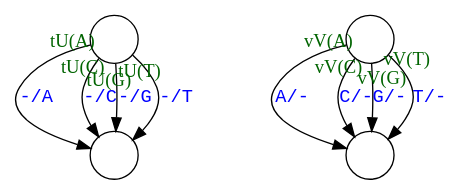
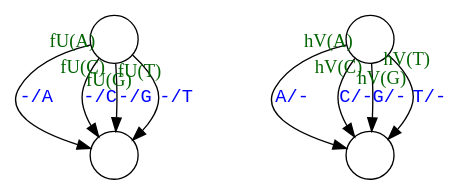
One commit to ihh/transducer-tutorial changed the diagram in fanned-indel.dot. Above: the diagram before and after it, drawn with Graphviz. The commit also changed 3 other files, not shown here.

Commit message:
Slightly changed notation in Moore explanation diagrams

```diff
--- a/fanned-indel.dot
+++ b/fanned-indel.dot
@@ -1,22 +1,22 @@
 digraph G {
 
     S [label="", shape=circle];
 
     I [label="", shape=circle];
 
     X [label="", shape=circle];
 
     D [label="", shape=circle];
 
-S->I [label="-/A" taillabel="tU(A)" labeldistance=1.4 fontcolor="blue" labelfontcolor="black" fontname="Courier" labelfontname="Times" labelfontcolor="darkgreen"];
-S->I [label="-/C" taillabel="tU(C)" labeldistance=1.4 fontcolor="blue" labelfontcolor="black" fontname="Courier" labelfontname="Times" labelfontcolor="darkgreen"];
-S->I [label="-/G" taillabel="tU(G)" labeldistance=1.4 fontcolor="blue" labelfontcolor="black" fontname="Courier" labelfontname="Times" labelfontcolor="darkgreen"];
-S->I [label="-/T" taillabel="tU(T)" labeldistance=1.4 fontcolor="blue" labelfontcolor="black" fontname="Courier" labelfontname="Times" labelfontcolor="darkgreen"];
+S->I [label="-/A" taillabel="fU(A)" labeldistance=1.4 fontcolor="blue" labelfontcolor="black" fontname="Courier" labelfontname="Times" labelfontcolor="darkgreen"];
+S->I [label="-/C" taillabel="fU(C)" labeldistance=1.4 fontcolor="blue" labelfontcolor="black" fontname="Courier" labelfontname="Times" labelfontcolor="darkgreen"];
+S->I [label="-/G" taillabel="fU(G)" labeldistance=1.4 fontcolor="blue" labelfontcolor="black" fontname="Courier" labelfontname="Times" labelfontcolor="darkgreen"];
+S->I [label="-/T" taillabel="fU(T)" labeldistance=1.4 fontcolor="blue" labelfontcolor="black" fontname="Courier" labelfontname="Times" labelfontcolor="darkgreen"];
 
-X->D [label="A/-" taillabel="vV(A)" labeldistance=1.4 fontcolor="blue" labelfontcolor="black" fontname="Courier" labelfontname="Times" labelfontcolor="darkgreen"];
-X->D [label="C/-" taillabel="vV(C)" labeldistance=1.4 fontcolor="blue" labelfontcolor="black" fontname="Courier" labelfontname="Times" labelfontcolor="darkgreen"];
-X->D [label="G/-" taillabel="vV(G)" labelangle=30 labeldistance=1.4 fontcolor="blue" labelfontcolor="black" fontname="Courier" labelfontname="Times" labelfontcolor="darkgreen"];
-X->D [label="T/-" taillabel="vV(T)" labelangle=30 labeldistance=1.4 fontcolor="blue" labelfontcolor="black" fontname="Courier" labelfontname="Times" labelfontcolor="darkgreen"];
+X->D [label="A/-" taillabel="hV(A)" labeldistance=1.4 fontcolor="blue" labelfontcolor="black" fontname="Courier" labelfontname="Times" labelfontcolor="darkgreen"];
+X->D [label="C/-" taillabel="hV(C)" labeldistance=1.4 fontcolor="blue" labelfontcolor="black" fontname="Courier" labelfontname="Times" labelfontcolor="darkgreen"];
+X->D [label="G/-" taillabel="hV(G)" labelangle=30 labeldistance=1.4 fontcolor="blue" labelfontcolor="black" fontname="Courier" labelfontname="Times" labelfontcolor="darkgreen"];
+X->D [label="T/-" taillabel="hV(T)" labelangle=30 labeldistance=1.4 fontcolor="blue" labelfontcolor="black" fontname="Courier" labelfontname="Times" labelfontcolor="darkgreen"];
 
 
 }
```
